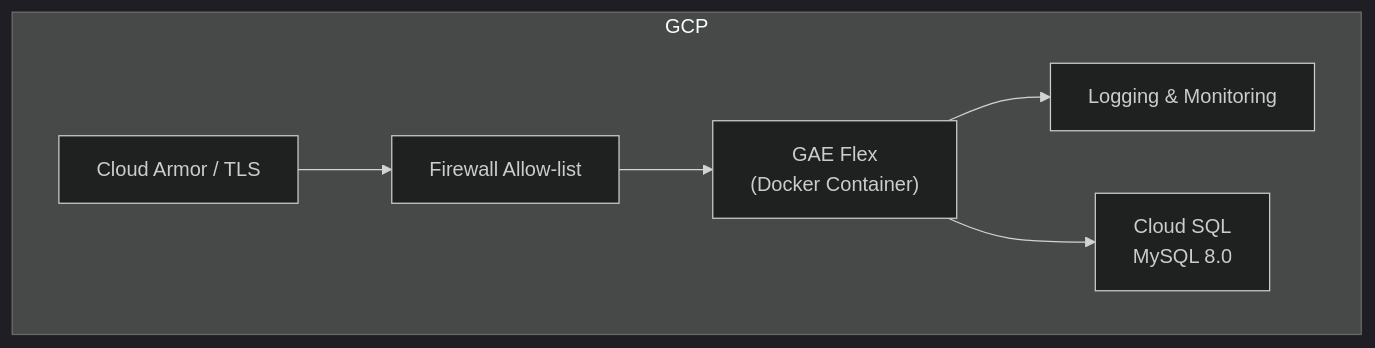
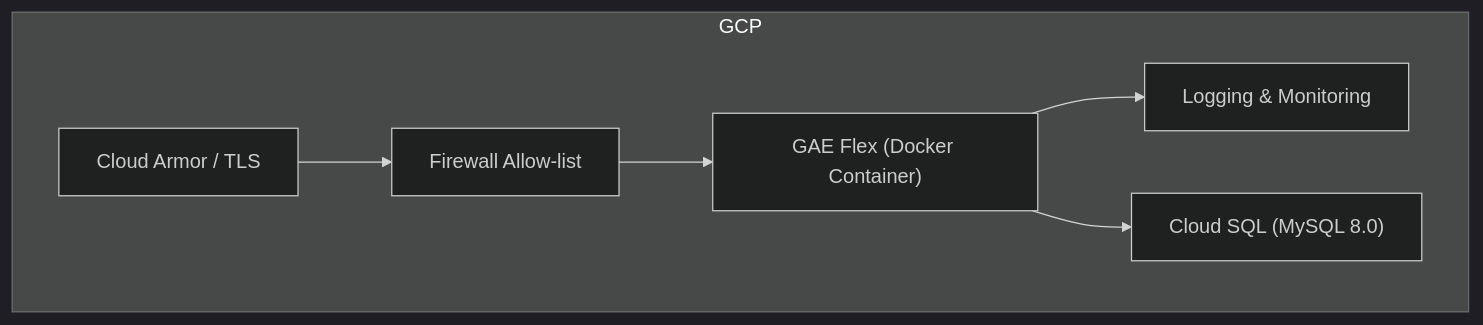
Before and after one commit to ppark-jjong/TWLKRTMS-releaseRepository: the second of 2 diagrams in README.md, drawn with Mermaid (dark theme).

````diff
--- a/README.md
+++ b/README.md
@@ -43,12 +43,12 @@
 ```mermaid
 flowchart TD
     subgraph GCP
         CA[Cloud Armor / TLS]
         FW[Firewall Allow-list]
-        GAE["GAE Flex\n(Docker Container)"]
+        GAE["GAE Flex (Docker Container)"]
         Log[Logging & Monitoring]
-        SQL["Cloud SQL\nMySQL 8.0"]
+        SQL["Cloud SQL (MySQL 8.0)"]
         CA --> FW --> GAE --> Log
         GAE --> SQL
     end
 ```
````
